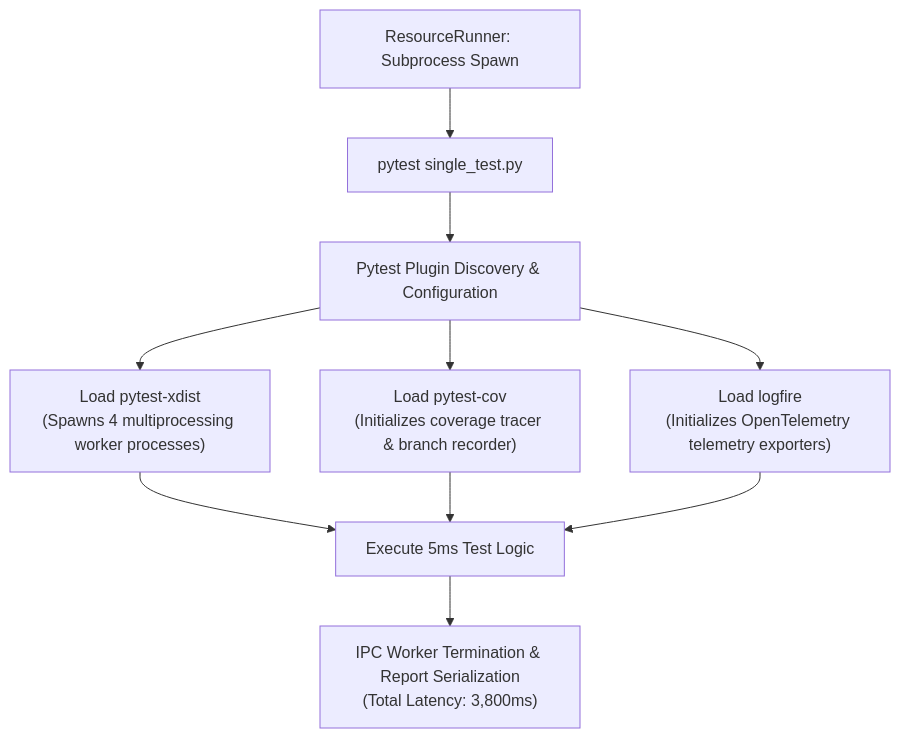
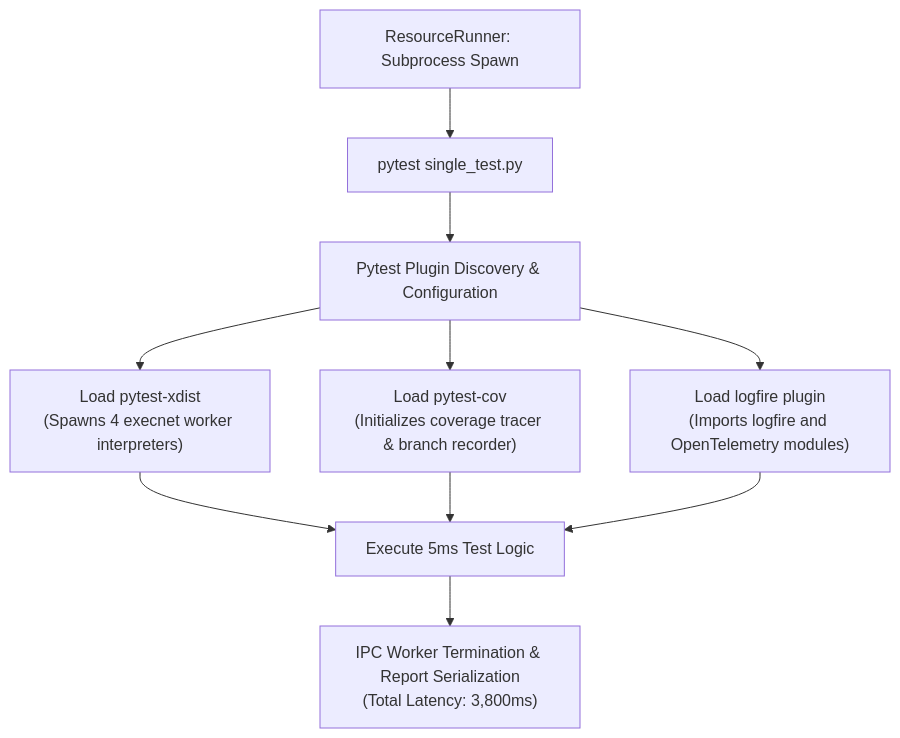
One commit to dan-petty/vibes changed the diagram in observations/systems/02-subprocess-test-harness-instrumentation-tax.md. Above: the diagram before and after it, drawn with Mermaid. The commit also changed other lines of this file and 248 other files, not shown here.

````diff
--- a/observations/systems/02-subprocess-test-harness-instrumentation-tax.md
+++ b/observations/systems/02-subprocess-test-harness-instrumentation-tax.md
@@ -44,14 +44,14 @@
 ```mermaid
 flowchart TD
     Runner[ResourceRunner: Subprocess Spawn] --> Pytest[pytest single_test.py]
     Pytest --> Discover[Pytest Plugin Discovery & Configuration]
-    Discover --> LoadXdist["Load pytest-xdist<br/>(Spawns 4 multiprocessing worker processes)"]
+    Discover --> LoadXdist["Load pytest-xdist<br/>(Spawns 4 execnet worker interpreters)"]
     Discover --> LoadCov["Load pytest-cov<br/>(Initializes coverage tracer & branch recorder)"]
-    Discover --> LoadLogfire["Load logfire<br/>(Initializes OpenTelemetry telemetry exporters)"]
+    Discover --> LoadLogfire["Load logfire plugin<br/>(Imports logfire and OpenTelemetry modules)"]
 
     LoadXdist --> Exec[Execute 5ms Test Logic]
     LoadCov --> Exec
     LoadLogfire --> Exec
 
     Exec --> Teardown["IPC Worker Termination & Report Serialization<br/>(Total Latency: 3,800ms)"]
 ```
````
